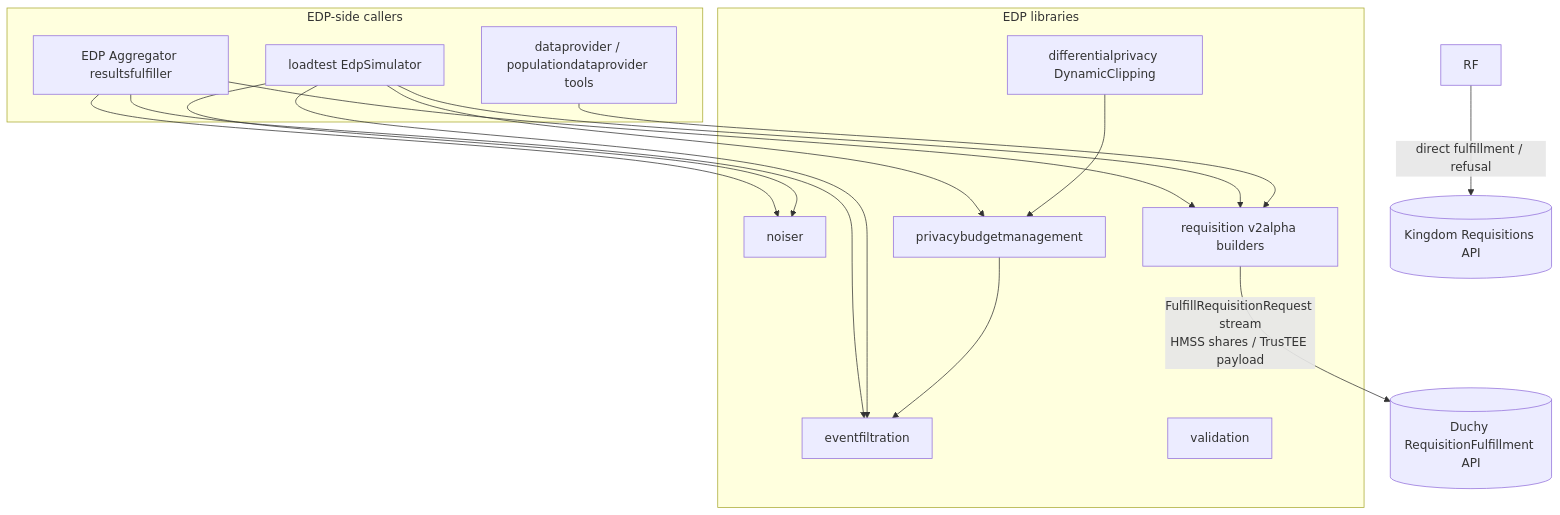
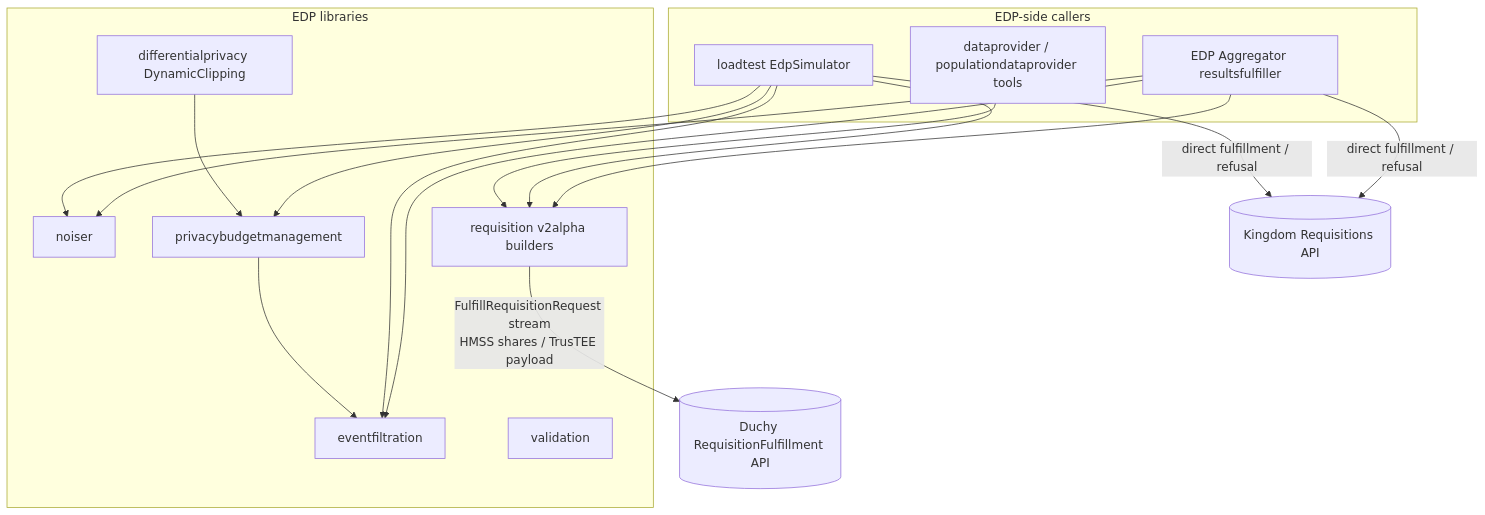
Before and after one commit to world-federation-of-advertisers/cross-media-measurement: the first of 2 diagrams in docs/architecture/components/event-data-provider.md, drawn with Mermaid. The commit also changed other lines of this file and 10 other files, not shown here.

````diff
--- a/docs/architecture/components/event-data-provider.md
+++ b/docs/architecture/components/event-data-provider.md
@@ -44,23 +44,23 @@
 ```mermaid
 graph TD
   subgraph EDP-side callers
     EA[EDP Aggregator resultsfulfiller]
     SIM[loadtest EdpSimulator]
     DP[dataprovider / populationdataprovider tools]
   end
   subgraph EDP libraries
     EF[eventfiltration]
     NO[noiser]
     DC[differentialprivacy DynamicClipping]
     PBM[privacybudgetmanagement]
     VAL[validation]
     REQ[requisition v2alpha builders]
   end
   EA --> EF & NO & REQ
   SIM --> EF & NO & PBM & REQ
   DP --> REQ
   PBM --> EF
   DC --> PBM
-  RF -->|direct fulfillment / refusal| KING[(Kingdom Requisitions API)]
+  EA & SIM -->|direct fulfillment / refusal| KING[(Kingdom Requisitions API)]
   REQ -->|FulfillRequisitionRequest stream<br/>HMSS shares / TrusTEE payload| DUCHY[(Duchy RequisitionFulfillment API)]
 ```
````
